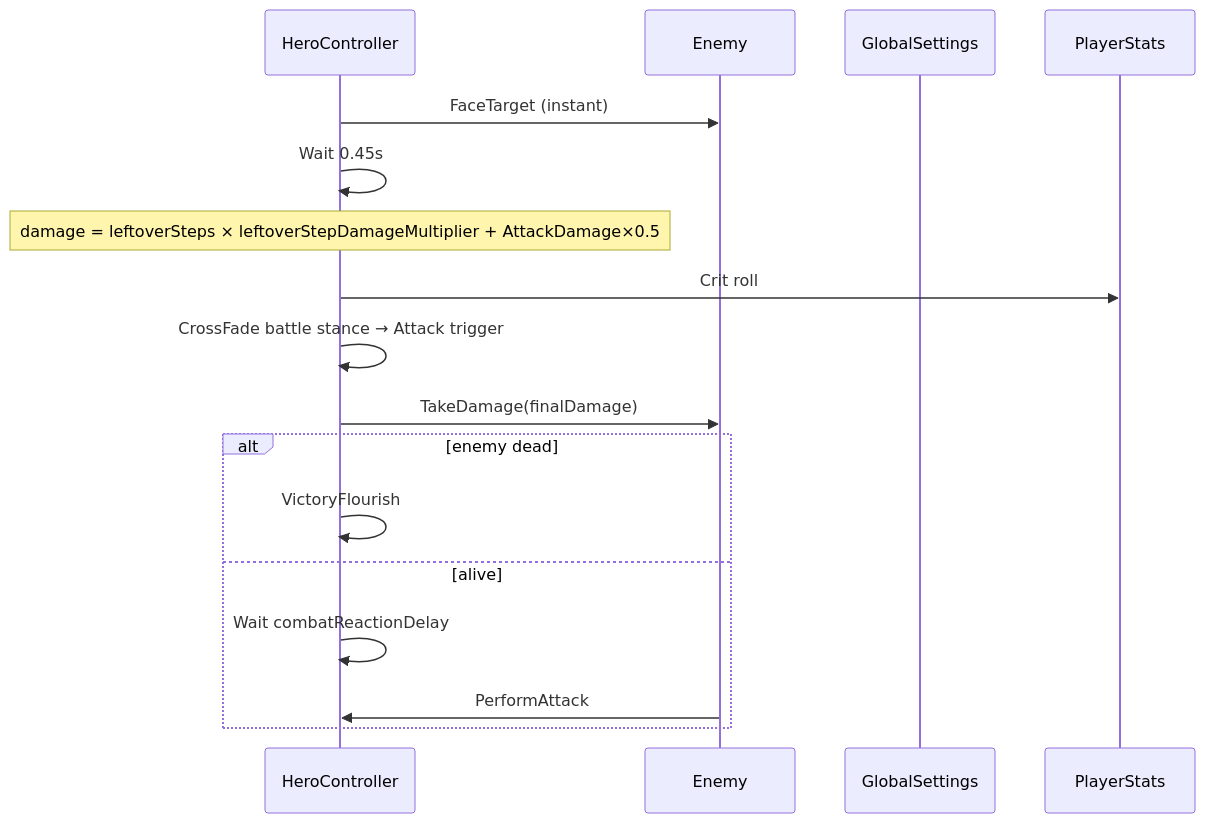
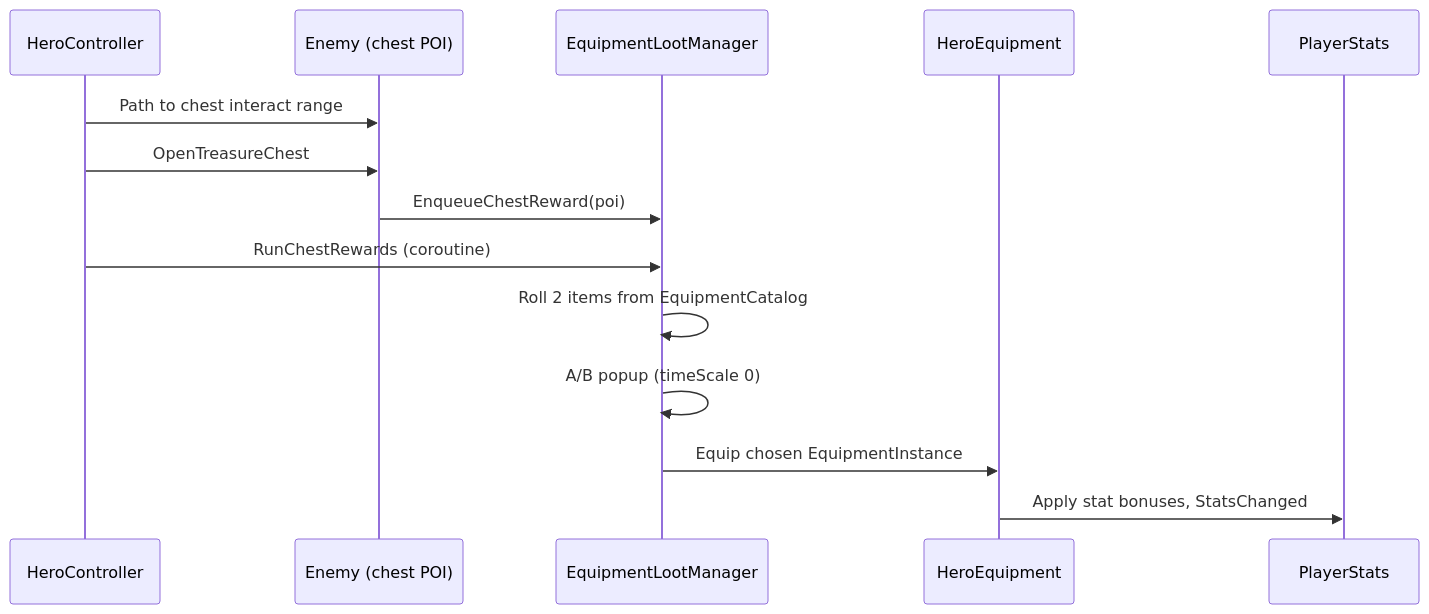
One commit to czyzem-stack/fatesRoll changed the sixth of 6 diagrams in docs/ARCHITECTURE.md. Above: the diagram before and after it, drawn with Mermaid. The commit also changed other lines of this file and 3 other files, not shown here.

Commit message:
Refresh ARCHITECTURE for bootstrap flow, meta UI, and equipment loot foundation

````diff
--- a/docs/ARCHITECTURE.md
+++ b/docs/ARCHITECTURE.md
@@ -336,20 +423,17 @@
 ```mermaid
 sequenceDiagram
     participant HC as HeroController
-    participant EN as Enemy
-    participant GS as GlobalSettings
+    participant EN as Enemy (chest POI)
+    participant ELM as EquipmentLootManager
+    participant HE as HeroEquipment
     participant PS as PlayerStats
 
-    HC->>EN: FaceTarget (instant)
-    HC->>HC: Wait 0.45s
-    Note over HC: damage = leftoverSteps × leftoverStepDamageMultiplier + AttackDamage×0.5
-    HC->>PS: Crit roll
-    HC->>HC: CrossFade battle stance → Attack trigger
-    HC->>EN: TakeDamage(finalDamage)
-    alt enemy dead
-        HC->>HC: VictoryFlourish
-    else alive
-        HC->>HC: Wait combatReactionDelay
-        EN->>HC: PerformAttack
-    end
+    HC->>EN: Path to chest interact range
+    HC->>EN: OpenTreasureChest
+    EN->>ELM: EnqueueChestReward(poi)
+    HC->>ELM: RunChestRewards (coroutine)
+    ELM->>ELM: Roll 2 items from EquipmentCatalog
+    ELM->>ELM: A/B popup (timeScale 0)
+    ELM->>HE: Equip chosen EquipmentInstance
+    HE->>PS: Apply stat bonuses, StatsChanged
 ```
````
